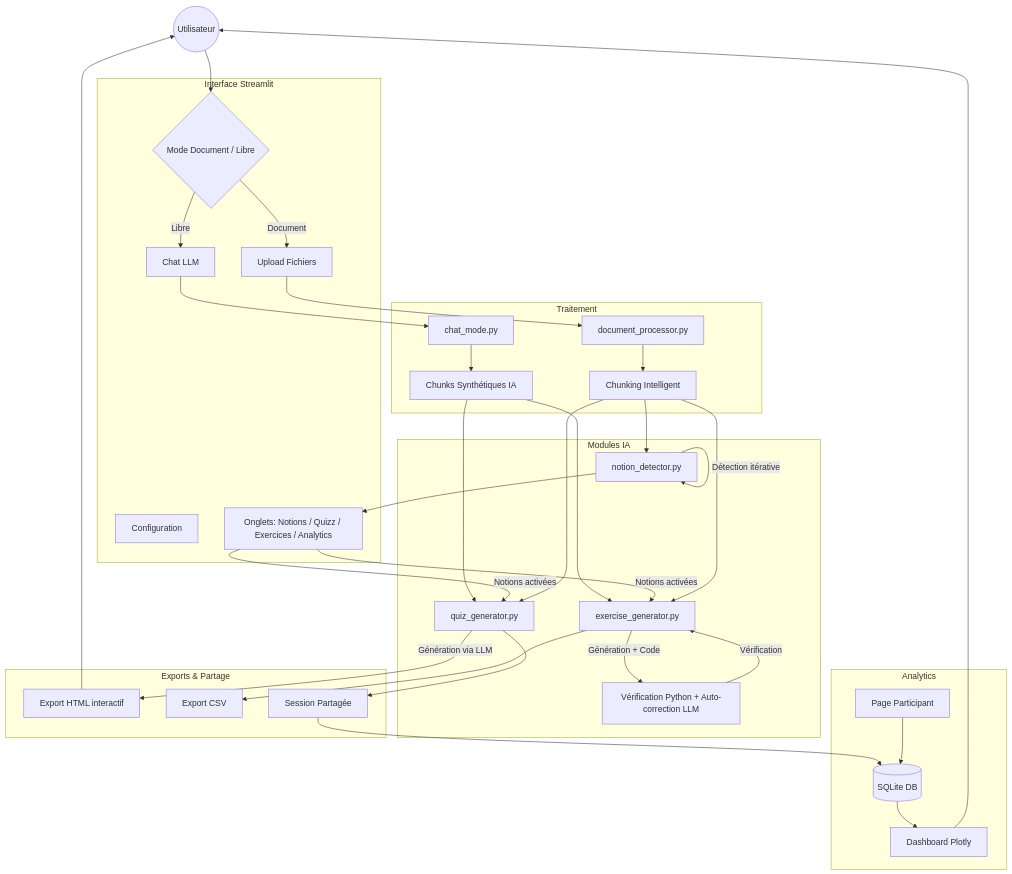
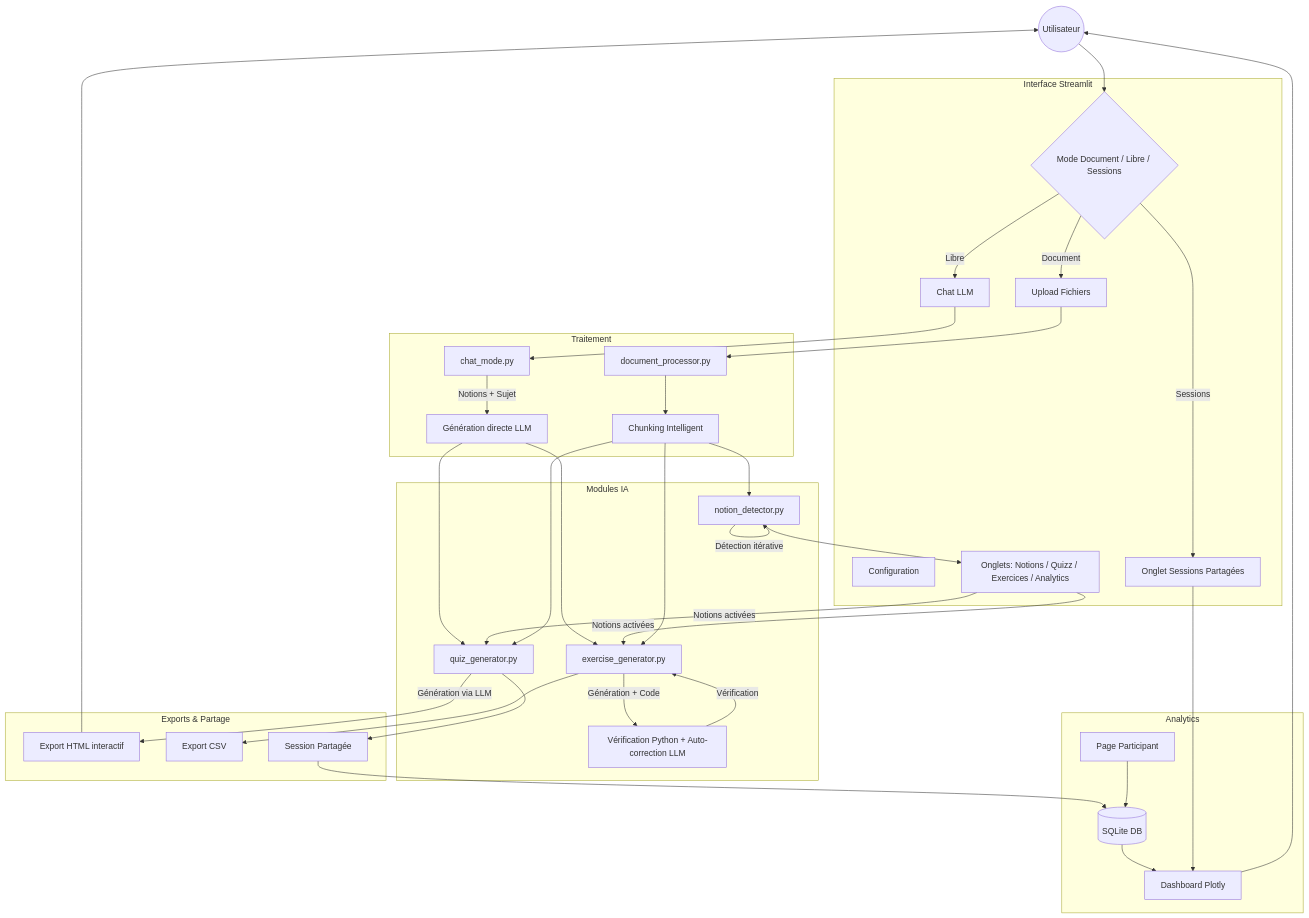
One commit to Aurel456/generateur_de_quizz changed the diagram in README.md. Above: the diagram before and after it, drawn with Mermaid. The commit also changed other lines of this file and 3 other files, not shown here.

First line of the commit message:
feat: mode sessions partagées, génération directe mode libre, bouton rafraîchir

````diff
--- a/README.md
+++ b/README.md
@@ -256,74 +268,76 @@
 ```mermaid
 graph TD
     User((Utilisateur))
 
     subgraph UI [Interface Streamlit]
-        Mode{Mode Document / Libre}
+        Mode{Mode Document / Libre / Sessions}
         Upload[Upload Fichiers]
         Chat[Chat LLM]
         Params[Configuration]
         Tabs[Onglets: Notions / Quizz / Exercices / Analytics]
+        SessionsTab[Onglet Sessions Partagées]
     end
 
     subgraph Core [Traitement]
         DocProc[document_processor.py]
         ChatMode[chat_mode.py]
         Chunking[Chunking Intelligent]
-        SyntheticChunks[Chunks Synthétiques IA]
+        DirectGen[Génération directe LLM]
     end
 
     subgraph Logic [Modules IA]
         NotionDet[notion_detector.py]
         QuizGen[quiz_generator.py]
         ExGen[exercise_generator.py]
         Agent[Vérification Python + Auto-correction LLM]
     end
 
     subgraph Output [Exports & Partage]
         HTML[Export HTML interactif]
         CSV[Export CSV]
         Session[Session Partagée]
     end
 
     subgraph Analytics [Analytics]
         SQLite[(SQLite DB)]
         Dashboard[Dashboard Plotly]
         Participant[Page Participant]
     end
 
     User --> Mode
     Mode -- "Document" --> Upload
     Mode -- "Libre" --> Chat
+    Mode -- "Sessions" --> SessionsTab
 
     Upload --> DocProc
     DocProc --> Chunking
 
     Chat --> ChatMode
-    ChatMode --> SyntheticChunks
+    ChatMode -- "Notions + Sujet" --> DirectGen
+    DirectGen --> QuizGen
+    DirectGen --> ExGen
 
     Chunking --> NotionDet
-    SyntheticChunks --> QuizGen
-    SyntheticChunks --> ExGen
-
     NotionDet -- "Détection itérative" --> NotionDet
     NotionDet --> Tabs
 
     Tabs -- "Notions activées" --> QuizGen
     Tabs -- "Notions activées" --> ExGen
 
     Chunking --> QuizGen
     Chunking --> ExGen
 
     QuizGen -- "Génération via LLM" --> HTML
     ExGen -- "Génération + Code" --> Agent
     Agent -- "Vérification" --> ExGen
     ExGen --> CSV
 
     QuizGen --> Session
     Session --> SQLite
     Participant --> SQLite
     SQLite --> Dashboard
+    SessionsTab --> Dashboard
 
     HTML --> User
     Dashboard --> User
 ```
````
